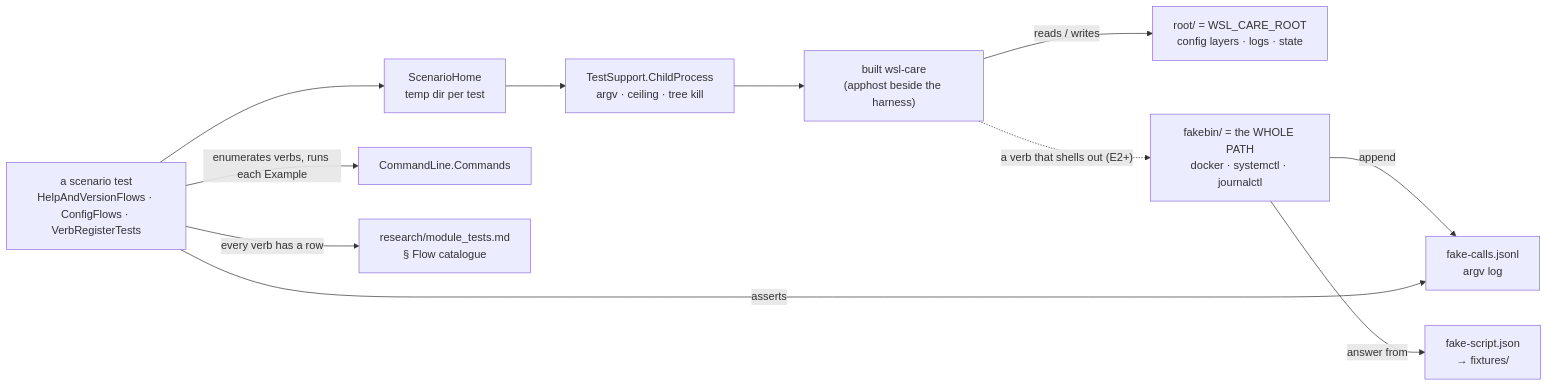
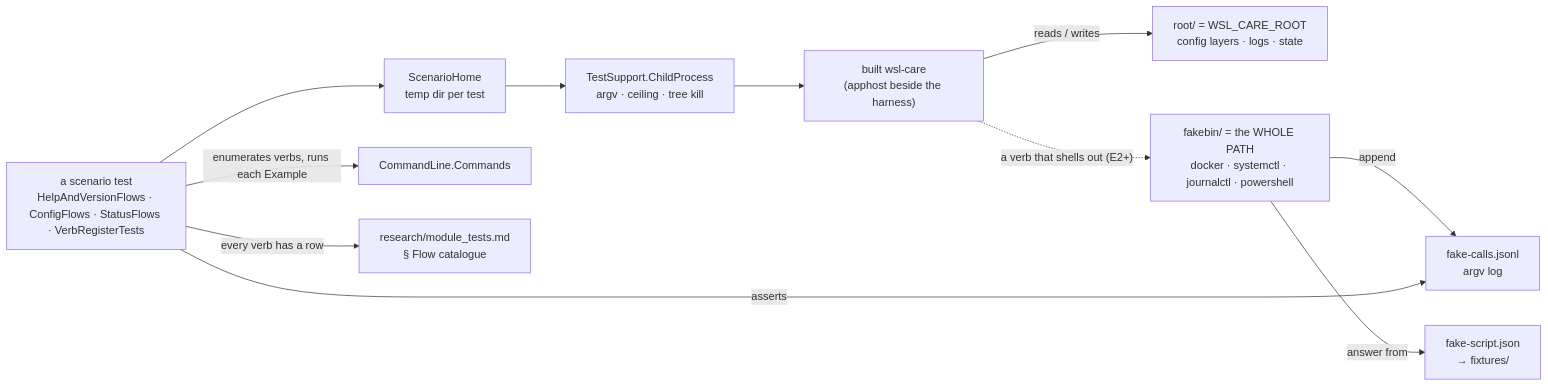
Before and after one commit to oleksandrdubyna88/wsl_care: the fifth of 5 diagrams in research/architecture.md, drawn with Mermaid. The commit also changed other lines of this file and 356 other files, not shown here.

````diff
--- a/research/architecture.md
+++ b/research/architecture.md
@@ -245,24 +349,24 @@
 ```mermaid
 flowchart LR
-    test["a scenario test<br/>HelpAndVersionFlows · ConfigFlows · VerbRegisterTests"]
+    test["a scenario test<br/>HelpAndVersionFlows · ConfigFlows · StatusFlows · VerbRegisterTests"]
     home["ScenarioHome<br/>temp dir per test"]
     launcher["TestSupport.ChildProcess<br/>argv · ceiling · tree kill"]
     cli["built wsl-care<br/>(apphost beside the harness)"]
     root["root/ = WSL_CARE_ROOT<br/>config layers · logs · state"]
-    bin["fakebin/ = the WHOLE PATH<br/>docker · systemctl · journalctl"]
+    bin["fakebin/ = the WHOLE PATH<br/>docker · systemctl · journalctl · powershell"]
     log["fake-calls.jsonl<br/>argv log"]
     script["fake-script.json<br/>→ fixtures/"]
     register["CommandLine.Commands"]
     catalogue["research/module_tests.md<br/>§ Flow catalogue"]
 
     test --> home
     home --> launcher
     launcher --> cli
     cli -->|reads / writes| root
     cli -.->|"a verb that shells out (E2+)"| bin
     bin -->|append| log
     bin -->|answer from| script
     test -->|asserts| log
     test -->|"enumerates verbs, runs each Example"| register
     test -->|"every verb has a row"| catalogue
 ```
````
